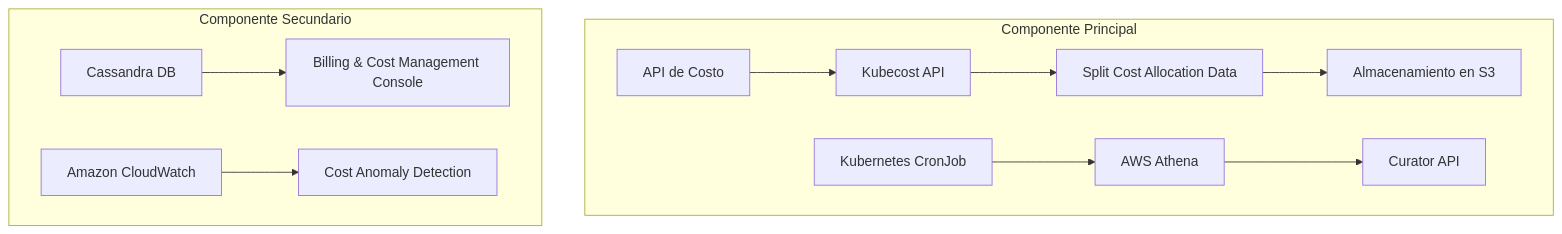
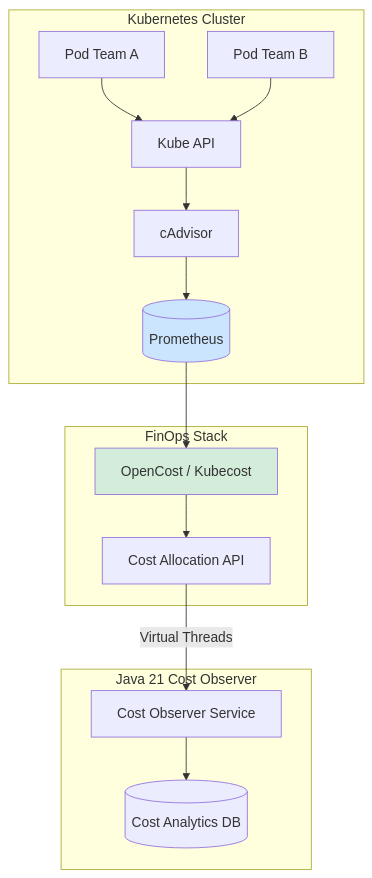
Before and after one commit to Joaquinriosheredia/DAM-Java-Mastery: the first of 3 diagrams in _Review/finops_y_kubernetes_cost_allocation/finops_y_kubernetes_cost_allocation.md, drawn with Mermaid. The commit also changed other lines of this file, not shown here.

Commit message:
FinOps y Kubernetes Cost Allocation en Java 21

````diff
--- a/_Review/finops_y_kubernetes_cost_allocation/finops_y_kubernetes_cost_allocation.md
+++ b/_Review/finops_y_kubernetes_cost_allocation/finops_y_kubernetes_cost_allocation.md
@@ -107,14 +39,22 @@
 ```mermaid
 graph TD
-    subgraph "Componente Principal"
-        A[API de Costo] --> B[Kubecost API]
-        B --> C[Split Cost Allocation Data]
-        C --> D[Almacenamiento en S3]
-        E[Kubernetes CronJob] --> F[AWS Athena]
-        F --> G[Curator API]
+    subgraph "Kubernetes Cluster"
+        P1[Pod Team A] --> KAPI[Kube API]
+        P2[Pod Team B] --> KAPI
+        CADV[cAdvisor] --> PROM
+        KAPI --> CADV
     end
-    subgraph "Componente Secundario"
-        H[Cassandra DB] --> I[Billing & Cost Management Console]
-        J[Amazon CloudWatch] --> K[Cost Anomaly Detection]
+    
+    subgraph "FinOps Stack"
+        PROM[(Prometheus)] --> OC[OpenCost / Kubecost]
+        OC --> API[Cost Allocation API]
     end
+    
+    subgraph "Java 21 Cost Observer"
+        API -->|Virtual Threads| OBS[Cost Observer Service]
+        OBS --> DB[(Cost Analytics DB)]
+    end
+    
+    style OC fill:#d4edda
+    style PROM fill:#cce5ff
 ```
````
